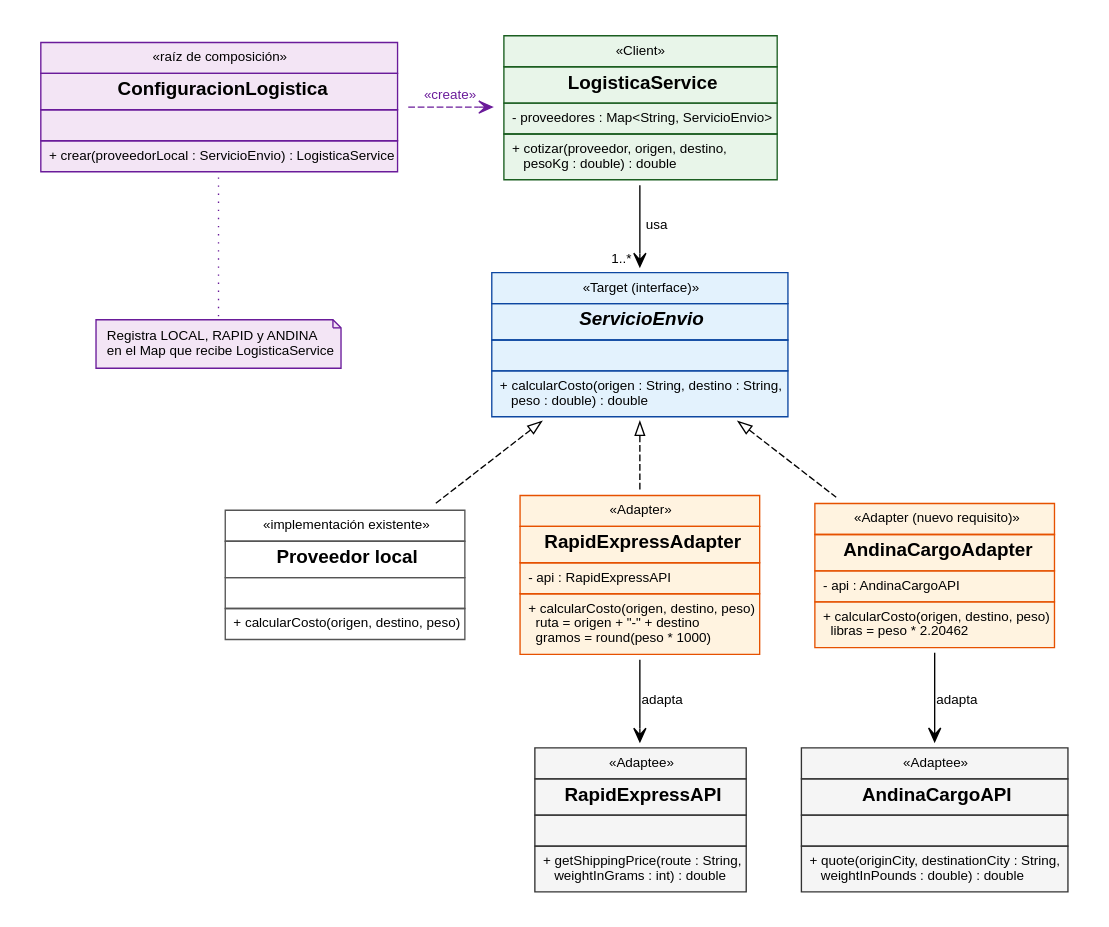
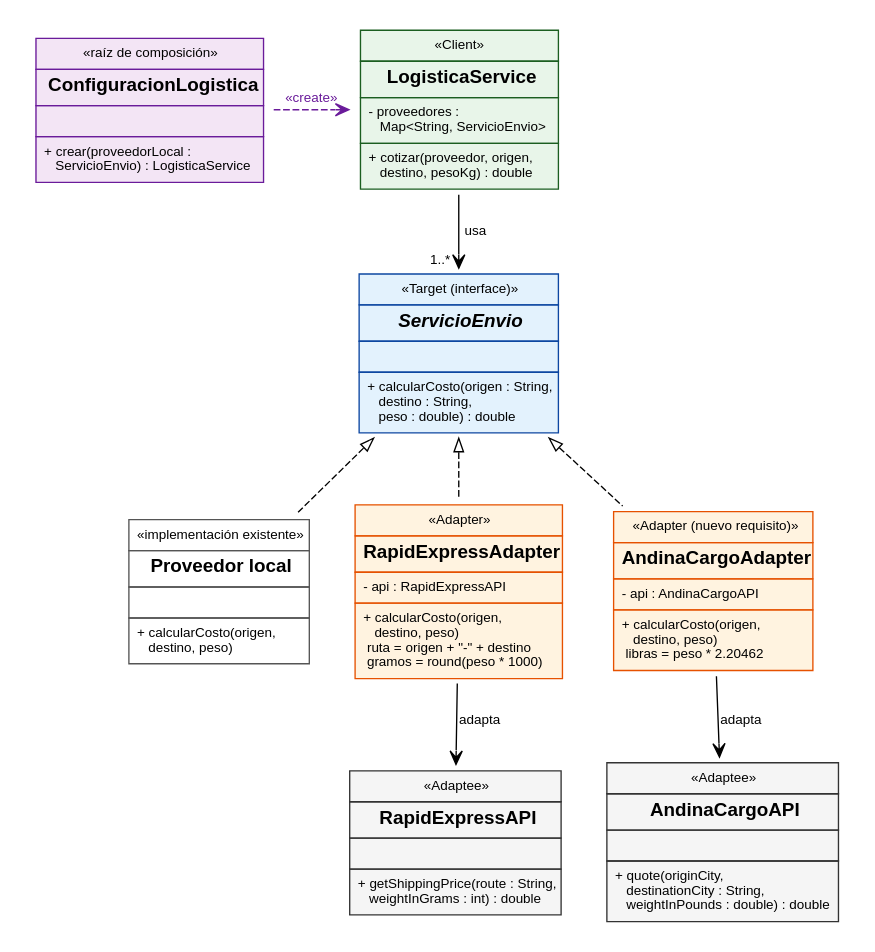
The diagram in docs/img/fig2_uml_adapter.dot (Mauricio10228/agroconecta-adapter), drawn with Graphviz before and after one commit. The commit also changed 6 other files, not shown here.

Commit message:
docs: diagramas compactos para lectura a ancho de página

```diff
--- a/docs/img/fig2_uml_adapter.dot
+++ b/docs/img/fig2_uml_adapter.dot
@@ -1,24 +1,22 @@
 digraph G {
- graph [rankdir=TB, nodesep=0.35, ranksep=0.7, fontname="Liberation Sans", pad=0.2, newrank=true];
+ graph [rankdir=TB, nodesep=0.25, ranksep=0.6, fontname="Liberation Sans", pad=0.15, newrank=true];
  node [fontname="Liberation Sans"]; edge [fontname="Liberation Sans", fontsize=10];
- CFG [label=<<TABLE BORDER="0" CELLBORDER="1" CELLSPACING="0" CELLPADDING="5" BGCOLOR="#F3E5F5" COLOR="#6A1B9A"><TR><TD ALIGN="CENTER"><FONT POINT-SIZE="10">«raíz de composición»</FONT></TD></TR><TR><TD ALIGN="CENTER"><B>ConfiguracionLogistica</B></TD></TR><TR><TD ALIGN="LEFT"><FONT POINT-SIZE="10"> </FONT></TD></TR><TR><TD ALIGN="LEFT"><FONT POINT-SIZE="10">+ crear(proveedorLocal : ServicioEnvio) : LogisticaService<BR ALIGN="LEFT"/></FONT></TD></TR></TABLE>>, shape=plaintext];
- C [label=<<TABLE BORDER="0" CELLBORDER="1" CELLSPACING="0" CELLPADDING="5" BGCOLOR="#E8F5E9" COLOR="#1B5E20"><TR><TD ALIGN="CENTER"><FONT POINT-SIZE="10">«Client»</FONT></TD></TR><TR><TD ALIGN="CENTER"><B>LogisticaService</B></TD></TR><TR><TD ALIGN="LEFT"><FONT POINT-SIZE="10">- proveedores : Map&lt;String, ServicioEnvio&gt;<BR ALIGN="LEFT"/></FONT></TD></TR><TR><TD ALIGN="LEFT"><FONT POINT-SIZE="10">+ cotizar(proveedor, origen, destino,<BR ALIGN="LEFT"/>    pesoKg : double) : double<BR ALIGN="LEFT"/></FONT></TD></TR></TABLE>>, shape=plaintext];
- T [label=<<TABLE BORDER="0" CELLBORDER="1" CELLSPACING="0" CELLPADDING="5" BGCOLOR="#E3F2FD" COLOR="#0D47A1"><TR><TD ALIGN="CENTER"><FONT POINT-SIZE="10">«Target (interface)»</FONT></TD></TR><TR><TD ALIGN="CENTER"><B><I>ServicioEnvio</I></B></TD></TR><TR><TD ALIGN="LEFT"><FONT POINT-SIZE="10"> </FONT></TD></TR><TR><TD ALIGN="LEFT"><FONT POINT-SIZE="10">+ calcularCosto(origen : String, destino : String,<BR ALIGN="LEFT"/>    peso : double) : double<BR ALIGN="LEFT"/></FONT></TD></TR></TABLE>>, shape=plaintext];
- L [label=<<TABLE BORDER="0" CELLBORDER="1" CELLSPACING="0" CELLPADDING="5" BGCOLOR="#FFFFFF" COLOR="#555555"><TR><TD ALIGN="CENTER"><FONT POINT-SIZE="10">«implementación existente»</FONT></TD></TR><TR><TD ALIGN="CENTER"><B>Proveedor local</B></TD></TR><TR><TD ALIGN="LEFT"><FONT POINT-SIZE="10"> </FONT></TD></TR><TR><TD ALIGN="LEFT"><FONT POINT-SIZE="10">+ calcularCosto(origen, destino, peso)<BR ALIGN="LEFT"/></FONT></TD></TR></TABLE>>, shape=plaintext];
- AR [label=<<TABLE BORDER="0" CELLBORDER="1" CELLSPACING="0" CELLPADDING="5" BGCOLOR="#FFF3E0" COLOR="#E65100"><TR><TD ALIGN="CENTER"><FONT POINT-SIZE="10">«Adapter»</FONT></TD></TR><TR><TD ALIGN="CENTER"><B>RapidExpressAdapter</B></TD></TR><TR><TD ALIGN="LEFT"><FONT POINT-SIZE="10">- api : RapidExpressAPI<BR ALIGN="LEFT"/></FONT></TD></TR><TR><TD ALIGN="LEFT"><FONT POINT-SIZE="10">+ calcularCosto(origen, destino, peso)<BR ALIGN="LEFT"/>   ruta = origen + &quot;-&quot; + destino<BR ALIGN="LEFT"/>   gramos = round(peso * 1000)<BR ALIGN="LEFT"/></FONT></TD></TR></TABLE>>, shape=plaintext];
- AA [label=<<TABLE BORDER="0" CELLBORDER="1" CELLSPACING="0" CELLPADDING="5" BGCOLOR="#FFF3E0" COLOR="#E65100"><TR><TD ALIGN="CENTER"><FONT POINT-SIZE="10">«Adapter (nuevo requisito)»</FONT></TD></TR><TR><TD ALIGN="CENTER"><B>AndinaCargoAdapter</B></TD></TR><TR><TD ALIGN="LEFT"><FONT POINT-SIZE="10">- api : AndinaCargoAPI<BR ALIGN="LEFT"/></FONT></TD></TR><TR><TD ALIGN="LEFT"><FONT POINT-SIZE="10">+ calcularCosto(origen, destino, peso)<BR ALIGN="LEFT"/>   libras = peso * 2.20462<BR ALIGN="LEFT"/></FONT></TD></TR></TABLE>>, shape=plaintext];
+ CFG [label=<<TABLE BORDER="0" CELLBORDER="1" CELLSPACING="0" CELLPADDING="5" BGCOLOR="#F3E5F5" COLOR="#6A1B9A"><TR><TD ALIGN="CENTER"><FONT POINT-SIZE="10">«raíz de composición»</FONT></TD></TR><TR><TD ALIGN="CENTER"><B>ConfiguracionLogistica</B></TD></TR><TR><TD ALIGN="LEFT"><FONT POINT-SIZE="10"> </FONT></TD></TR><TR><TD ALIGN="LEFT"><FONT POINT-SIZE="10">+ crear(proveedorLocal :<BR ALIGN="LEFT"/>    ServicioEnvio) : LogisticaService<BR ALIGN="LEFT"/></FONT></TD></TR></TABLE>>, shape=plaintext];
+ C [label=<<TABLE BORDER="0" CELLBORDER="1" CELLSPACING="0" CELLPADDING="5" BGCOLOR="#E8F5E9" COLOR="#1B5E20"><TR><TD ALIGN="CENTER"><FONT POINT-SIZE="10">«Client»</FONT></TD></TR><TR><TD ALIGN="CENTER"><B>LogisticaService</B></TD></TR><TR><TD ALIGN="LEFT"><FONT POINT-SIZE="10">- proveedores :<BR ALIGN="LEFT"/>    Map&lt;String, ServicioEnvio&gt;<BR ALIGN="LEFT"/></FONT></TD></TR><TR><TD ALIGN="LEFT"><FONT POINT-SIZE="10">+ cotizar(proveedor, origen,<BR ALIGN="LEFT"/>    destino, pesoKg) : double<BR ALIGN="LEFT"/></FONT></TD></TR></TABLE>>, shape=plaintext];
+ T [label=<<TABLE BORDER="0" CELLBORDER="1" CELLSPACING="0" CELLPADDING="5" BGCOLOR="#E3F2FD" COLOR="#0D47A1"><TR><TD ALIGN="CENTER"><FONT POINT-SIZE="10">«Target (interface)»</FONT></TD></TR><TR><TD ALIGN="CENTER"><B><I>ServicioEnvio</I></B></TD></TR><TR><TD ALIGN="LEFT"><FONT POINT-SIZE="10"> </FONT></TD></TR><TR><TD ALIGN="LEFT"><FONT POINT-SIZE="10">+ calcularCosto(origen : String,<BR ALIGN="LEFT"/>    destino : String,<BR ALIGN="LEFT"/>    peso : double) : double<BR ALIGN="LEFT"/></FONT></TD></TR></TABLE>>, shape=plaintext];
+ L [label=<<TABLE BORDER="0" CELLBORDER="1" CELLSPACING="0" CELLPADDING="5" BGCOLOR="#FFFFFF" COLOR="#555555"><TR><TD ALIGN="CENTER"><FONT POINT-SIZE="10">«implementación existente»</FONT></TD></TR><TR><TD ALIGN="CENTER"><B>Proveedor local</B></TD></TR><TR><TD ALIGN="LEFT"><FONT POINT-SIZE="10"> </FONT></TD></TR><TR><TD ALIGN="LEFT"><FONT POINT-SIZE="10">+ calcularCosto(origen,<BR ALIGN="LEFT"/>    destino, peso)<BR ALIGN="LEFT"/></FONT></TD></TR></TABLE>>, shape=plaintext];
+ AR [label=<<TABLE BORDER="0" CELLBORDER="1" CELLSPACING="0" CELLPADDING="5" BGCOLOR="#FFF3E0" COLOR="#E65100"><TR><TD ALIGN="CENTER"><FONT POINT-SIZE="10">«Adapter»</FONT></TD></TR><TR><TD ALIGN="CENTER"><B>RapidExpressAdapter</B></TD></TR><TR><TD ALIGN="LEFT"><FONT POINT-SIZE="10">- api : RapidExpressAPI<BR ALIGN="LEFT"/></FONT></TD></TR><TR><TD ALIGN="LEFT"><FONT POINT-SIZE="10">+ calcularCosto(origen,<BR ALIGN="LEFT"/>    destino, peso)<BR ALIGN="LEFT"/>  ruta = origen + &quot;-&quot; + destino<BR ALIGN="LEFT"/>  gramos = round(peso * 1000)<BR ALIGN="LEFT"/></FONT></TD></TR></TABLE>>, shape=plaintext];
+ AA [label=<<TABLE BORDER="0" CELLBORDER="1" CELLSPACING="0" CELLPADDING="5" BGCOLOR="#FFF3E0" COLOR="#E65100"><TR><TD ALIGN="CENTER"><FONT POINT-SIZE="10">«Adapter (nuevo requisito)»</FONT></TD></TR><TR><TD ALIGN="CENTER"><B>AndinaCargoAdapter</B></TD></TR><TR><TD ALIGN="LEFT"><FONT POINT-SIZE="10">- api : AndinaCargoAPI<BR ALIGN="LEFT"/></FONT></TD></TR><TR><TD ALIGN="LEFT"><FONT POINT-SIZE="10">+ calcularCosto(origen,<BR ALIGN="LEFT"/>    destino, peso)<BR ALIGN="LEFT"/>  libras = peso * 2.20462<BR ALIGN="LEFT"/></FONT></TD></TR></TABLE>>, shape=plaintext];
  XR [label=<<TABLE BORDER="0" CELLBORDER="1" CELLSPACING="0" CELLPADDING="5" BGCOLOR="#F5F5F5" COLOR="#333333"><TR><TD ALIGN="CENTER"><FONT POINT-SIZE="10">«Adaptee»</FONT></TD></TR><TR><TD ALIGN="CENTER"><B>RapidExpressAPI</B></TD></TR><TR><TD ALIGN="LEFT"><FONT POINT-SIZE="10"> </FONT></TD></TR><TR><TD ALIGN="LEFT"><FONT POINT-SIZE="10">+ getShippingPrice(route : String,<BR ALIGN="LEFT"/>    weightInGrams : int) : double<BR ALIGN="LEFT"/></FONT></TD></TR></TABLE>>, shape=plaintext];
- XA [label=<<TABLE BORDER="0" CELLBORDER="1" CELLSPACING="0" CELLPADDING="5" BGCOLOR="#F5F5F5" COLOR="#333333"><TR><TD ALIGN="CENTER"><FONT POINT-SIZE="10">«Adaptee»</FONT></TD></TR><TR><TD ALIGN="CENTER"><B>AndinaCargoAPI</B></TD></TR><TR><TD ALIGN="LEFT"><FONT POINT-SIZE="10"> </FONT></TD></TR><TR><TD ALIGN="LEFT"><FONT POINT-SIZE="10">+ quote(originCity, destinationCity : String,<BR ALIGN="LEFT"/>    weightInPounds : double) : double<BR ALIGN="LEFT"/></FONT></TD></TR></TABLE>>, shape=plaintext];
+ XA [label=<<TABLE BORDER="0" CELLBORDER="1" CELLSPACING="0" CELLPADDING="5" BGCOLOR="#F5F5F5" COLOR="#333333"><TR><TD ALIGN="CENTER"><FONT POINT-SIZE="10">«Adaptee»</FONT></TD></TR><TR><TD ALIGN="CENTER"><B>AndinaCargoAPI</B></TD></TR><TR><TD ALIGN="LEFT"><FONT POINT-SIZE="10"> </FONT></TD></TR><TR><TD ALIGN="LEFT"><FONT POINT-SIZE="10">+ quote(originCity,<BR ALIGN="LEFT"/>    destinationCity : String,<BR ALIGN="LEFT"/>    weightInPounds : double) : double<BR ALIGN="LEFT"/></FONT></TD></TR></TABLE>>, shape=plaintext];
  C -> T [arrowhead=vee, headlabel="1..*  ", label="  usa"];
  T -> L [dir=back, arrowtail=empty, style=dashed];
  T -> AR [dir=back, arrowtail=empty, style=dashed];
  T -> AA [dir=back, arrowtail=empty, style=dashed];
  AR -> XR [arrowhead=vee, label=" adapta"];
  AA -> XA [arrowhead=vee, label=" adapta"];
  CFG -> C [arrowhead=vee, style=dashed, color="#6A1B9A", fontcolor="#6A1B9A", label="«create»"];
- CN [shape=note, style=filled, fillcolor="#F3E5F5", color="#6A1B9A", fontsize=10, label="Registra LOCAL, RAPID y ANDINA\len el Map que recibe LogisticaService\l"];
- CFG -> CN [style=dotted, arrowhead=none, color="#6A1B9A"];
  {rank=same; CFG; C}
  {rank=same; L; AR; AA}
  {rank=same; XR; XA}
 }
```
